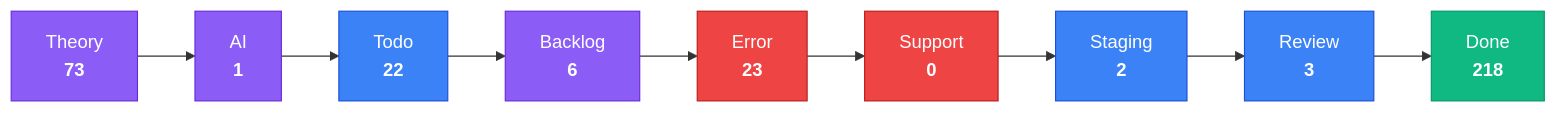
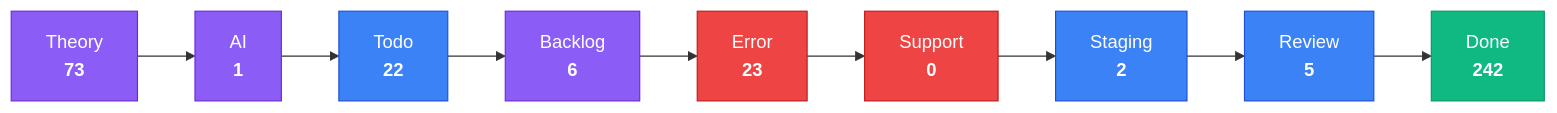
The third of 4 diagrams in apps/kbve/astro-kbve/src/content/docs/dashboard/kanban-data.mdx (KBVE/kbve), drawn with Mermaid before and after one commit. The commit also changed other lines of this file and 2 other files, not shown here.

````diff
--- a/apps/kbve/astro-kbve/src/content/docs/dashboard/kanban-data.mdx
+++ b/apps/kbve/astro-kbve/src/content/docs/dashboard/kanban-data.mdx
@@ -215,28 +215,28 @@
 ```mermaid
 flowchart LR
     classDef planning fill:#8b5cf6,stroke:#6d28d9,color:#fff
     classDef active fill:#3b82f6,stroke:#1d4ed8,color:#fff
     classDef blocked fill:#ef4444,stroke:#b91c1c,color:#fff
     classDef done fill:#10b981,stroke:#059669,color:#fff
     Theory["Theory<br/><strong>73</strong>"]
     Theory --> AI
     AI["AI<br/><strong>1</strong>"]
     AI --> Todo
     Todo["Todo<br/><strong>22</strong>"]
     Todo --> Backlog
     Backlog["Backlog<br/><strong>6</strong>"]
     Backlog --> Error
     Error["Error<br/><strong>23</strong>"]
     Error --> Support
     Support["Support<br/><strong>0</strong>"]
     Support --> Staging
     Staging["Staging<br/><strong>2</strong>"]
     Staging --> Review
-    Review["Review<br/><strong>3</strong>"]
+    Review["Review<br/><strong>5</strong>"]
     Review --> Done
-    Done["Done<br/><strong>218</strong>"]
+    Done["Done<br/><strong>242</strong>"]
     class Theory,AI,Backlog planning
     class Todo,Staging,Review active
     class Error,Support blocked
     class Done done
 ```
````
